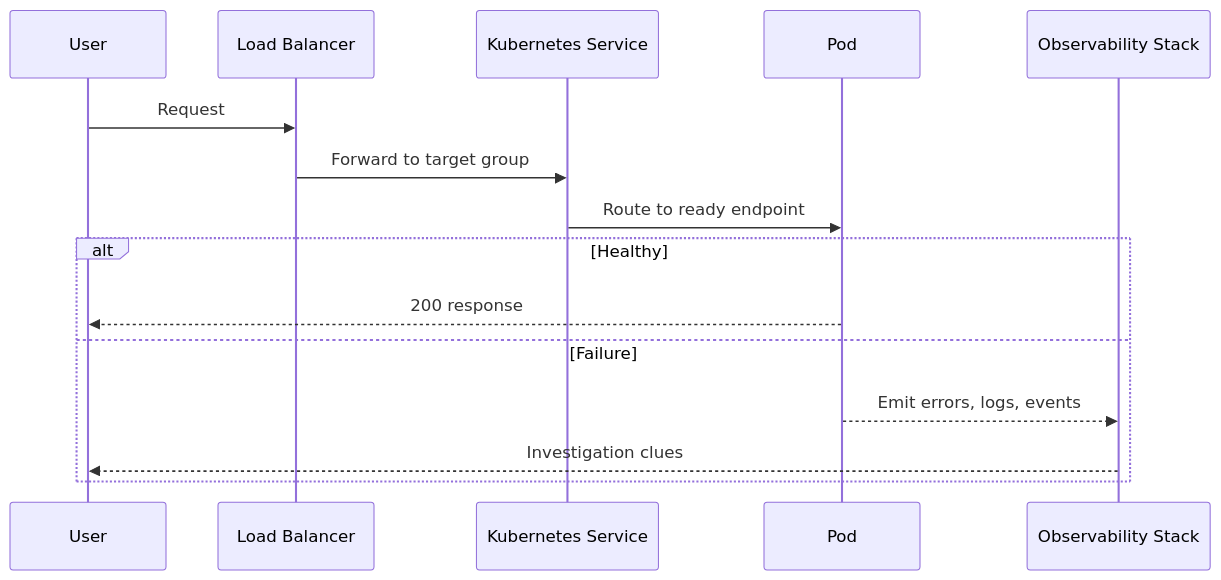
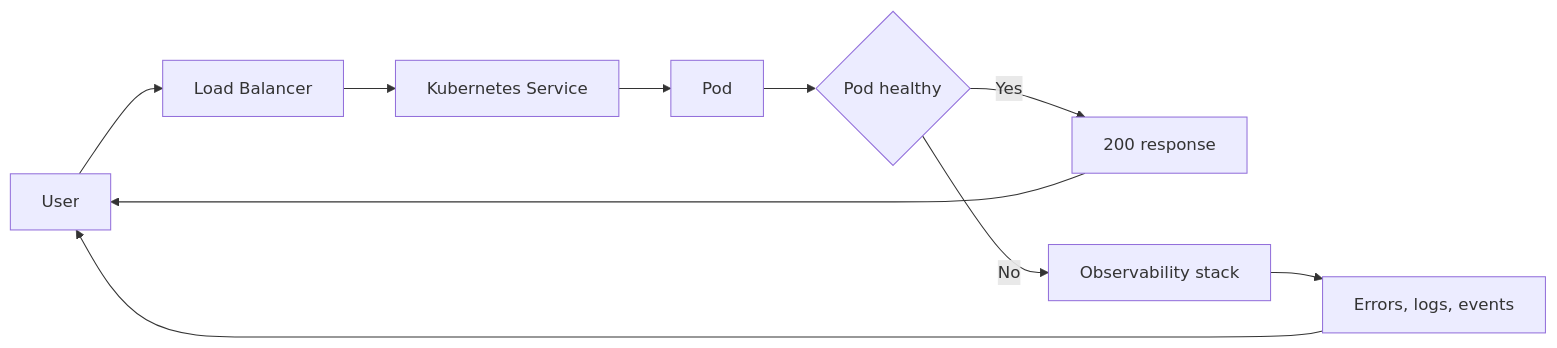
The fifth of 5 diagrams in Containers/eks-deep-dive.md (ShasidharReddy/AWS-Cloud-Engineer), drawn with Mermaid before and after one commit. The commit also changed 14 other files, not shown here.

Commit message:
fix: resolve Mermaid rendering errors and add official AWS documentation links (#4)

````diff
--- a/Containers/eks-deep-dive.md
+++ b/Containers/eks-deep-dive.md
@@ -943,17 +943,12 @@
 ```mermaid
-sequenceDiagram
-    participant User
-    participant ALB as Load Balancer
-    participant SVC as Kubernetes Service
-    participant POD as Pod
-    participant OBS as Observability Stack
-    User->>ALB: Request
-    ALB->>SVC: Forward to target group
-    SVC->>POD: Route to ready endpoint
-    alt Healthy
-        POD-->>User: 200 response
-    else Failure
-        POD-->>OBS: Emit errors, logs, events
-        OBS-->>User: Investigation clues
-    end
+flowchart LR
+    User[User] --> ALB[Load Balancer]
+    ALB --> SVC[Kubernetes Service]
+    SVC --> POD[Pod]
+    POD --> Health{Pod healthy}
+    Health -->|Yes| Success[200 response]
+    Success --> User
+    Health -->|No| Observability[Observability stack]
+    Observability --> Clues[Errors, logs, events]
+    Clues --> User
 ```
````
